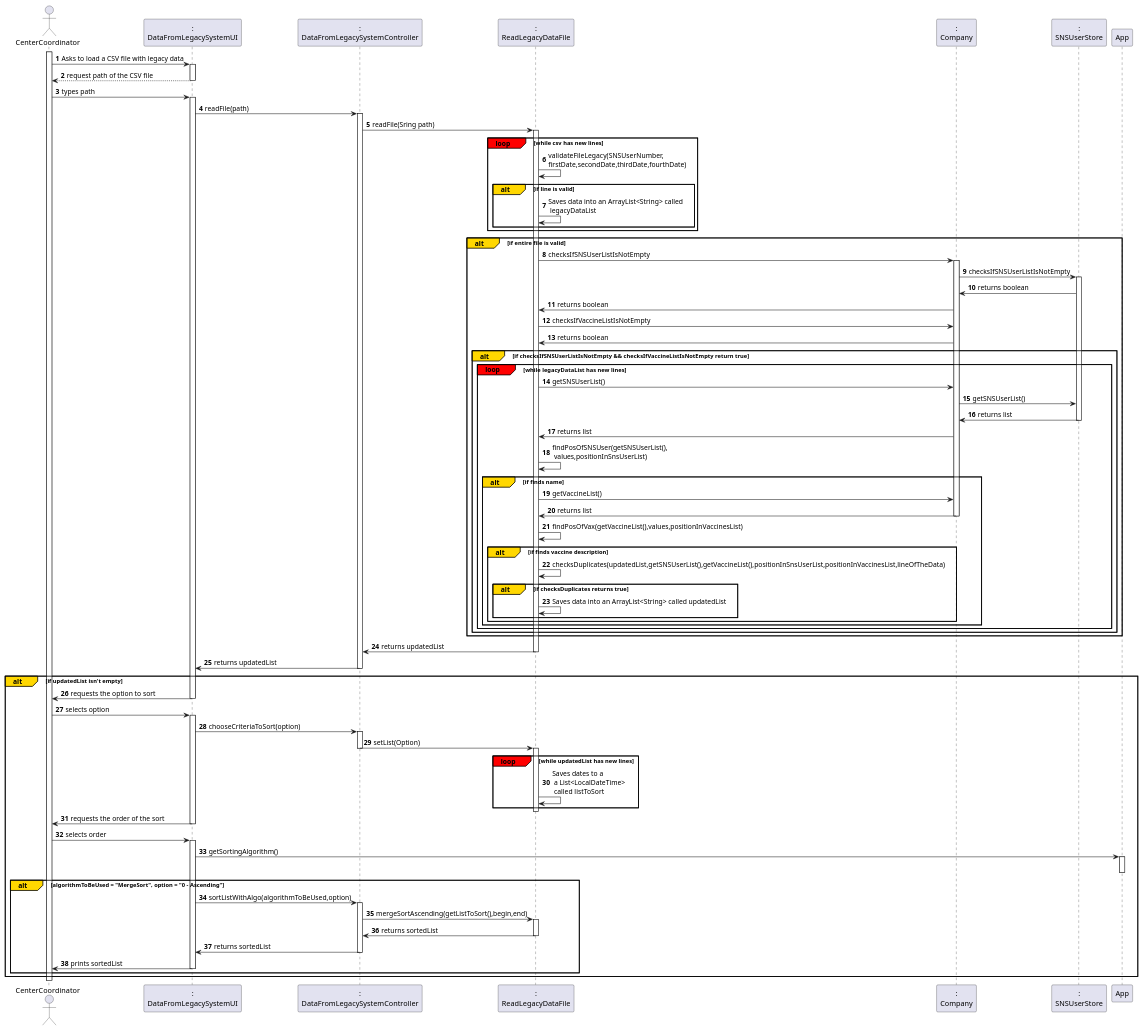
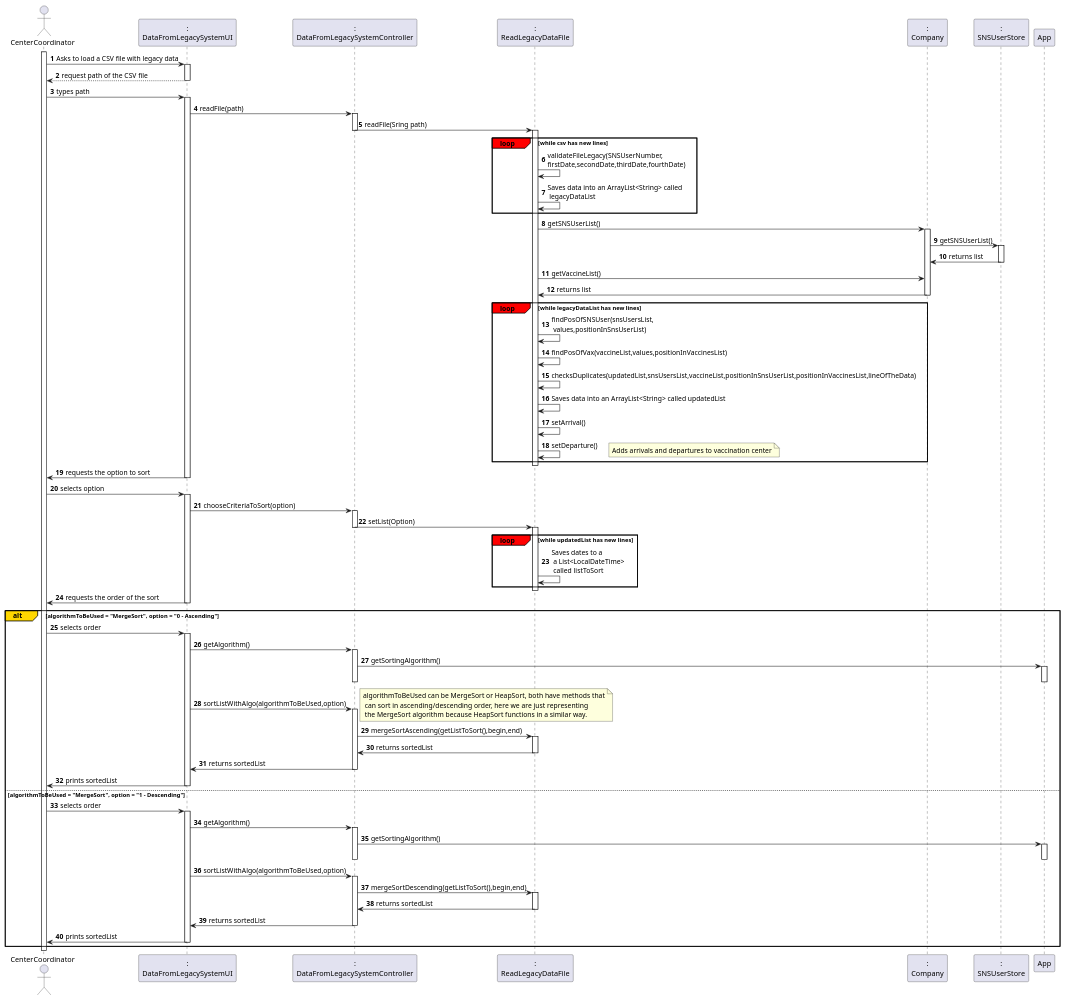
The diagram in docs/SprintD/US017/US017_SD.puml (Pirussa/lei-22-s2-1da-g02), drawn with PlantUML before and after one commit. The commit also changed 4 other files, not shown here.

Commit message:
US17 - ESOFT - Fixing SD and other diagrams.

```diff
--- a/docs/SprintD/US017/US017_SD.puml
+++ b/docs/SprintD/US017/US017_SD.puml
@@ -3,120 +3,151 @@
 @startuml
 
 autonumber
 actor "CenterCoordinator" as CC
 participant ":\nDataFromLegacySystemUI" as UI
 participant ":\nDataFromLegacySystemController" as CTRL
 participant ":\nReadLegacyDataFile" as RDLF
 participant ":\nCompany" as Comp
 participant ":\nSNSUserStore" as SNSStore
 participant "App" as App
 
 
 activate CC
 CC -> UI : Asks to load a CSV file with legacy data
 activate UI
 
 
 
 UI --> CC : request path of the CSV file
 deactivate UI
 
 CC -> UI : types path
 activate UI
 
 UI -> CTRL : readFile(path)
 
 activate CTRL
 CTRL -> RDLF : readFile(Sring path)
+deactivate CTRL
 
 activate RDLF
+
+
 loop#Red while csv has new lines
 RDLF -> RDLF : validateFileLegacy(SNSUserNumber,\nfirstDate,secondDate,thirdDate,fourthDate)
-alt#Gold if line is valid
+
 RDLF -> RDLF : Saves data into an ArrayList<String> called\n legacyDataList
-end alt
+
 end loop
 
-alt#Gold  if entire file is valid
 
-RDLF -> Comp : checksIfSNSUserListIsNotEmpty
+RDLF -> Comp : getSNSUserList()
 activate Comp
-Comp -> SNSStore : checksIfSNSUserListIsNotEmpty
+Comp -> SNSStore : getSNSUserList()
 activate SNSStore
-SNSStore -> Comp : returns boolean
-Comp -> RDLF : returns boolean
-RDLF -> Comp : checksIfVaccineListIsNotEmpty
-Comp -> RDLF : returns boolean
-alt#Gold  if checksIfSNSUserListIsNotEmpty && checksIfVaccineListIsNotEmpty return true
-loop#Red while legacyDataList has new lines
-RDLF -> Comp : getSNSUserList()
-Comp -> SNSStore : getSNSUserList()
 SNSStore -> Comp : returns list
 deactivate SNSStore
+RDLF -> Comp : getVaccineList()
 Comp -> RDLF : returns list
-RDLF -> RDLF : findPosOfSNSUser(getSNSUserList(),\n values,positionInSnsUserList)
-alt#Gold  if finds name
-RDLF -> Comp : getVaccineList()
+deactivate Comp
+loop#Red while legacyDataList has new lines
 
-Comp -> RDLF : returns list
+RDLF -> RDLF : findPosOfSNSUser(snsUsersList,\n values,positionInSnsUserList)
+
+
 
 deactivate Comp
-RDLF -> RDLF : findPosOfVax(getVaccineList(),values,positionInVaccinesList)
-alt#Gold  if finds vaccine description
-RDLF -> RDLF : checksDuplicates(updatedList,getSNSUserList(),getVaccineList(),positionInSnsUserList,positionInVaccinesList,lineOfTheData)
-alt#Gold if checksDuplicates returns true
+RDLF -> RDLF : findPosOfVax(vaccineList,values,positionInVaccinesList)
+
+RDLF -> RDLF : checksDuplicates(updatedList,snsUsersList,vaccineList,positionInSnsUserList,positionInVaccinesList,lineOfTheData)
+
 RDLF -> RDLF : Saves data into an ArrayList<String> called updatedList
+
+RDLF -> RDLF : setArrival()
+RDLF -> RDLF : setDeparture()
+note right : Adds arrivals and departures to vaccination center
 end loop
-end alt#Gold
-end alt#Gold
-end alt#Gold
-end alt#Gold
-end alt#Gold
-RDLF -> CTRL : returns updatedList
+
 deactivate RDLF
-CTRL -> UI : returns updatedList
-alt#Gold if updatedList isn't empty
-deactivate CTRL
+
+
 UI -> CC : requests the option to sort
 
 
 deactivate UI
 CC -> UI : selects option
 activate UI
 
 UI -> CTRL : chooseCriteriaToSort(option)
 activate CTRL
 CTRL -> RDLF : setList(Option)
 deactivate CTRL
 activate RDLF
 loop#Red while updatedList has new lines
 RDLF -> RDLF : Saves dates to a \n a List<LocalDateTime> \n called listToSort
 end loop
 deactivate RDLF
 UI -> CC: requests the order of the sort
 deactivate UI
-
+alt#Gold algorithmToBeUsed = "MergeSort", option = "0 - Ascending"
 CC -> UI: selects order
 activate UI
 
-UI -> App : getSortingAlgorithm()
+UI -> CTRL : getAlgorithm()
+activate CTRL
+CTRL -> App : getSortingAlgorithm()
+
 activate App
+
 deactivate App
-alt#Gold algorithmToBeUsed = "MergeSort", option = "0 - Ascending"
+deactivate CTRL
+
+
 UI -> CTRL: sortListWithAlgo(algorithmToBeUsed,option)
+note right: algorithmToBeUsed can be MergeSort or HeapSort, both have methods that\n can sort in ascending/descending order, here we are just representing \n the MergeSort algorithm because HeapSort functions in a similar way.
 activate CTRL
 
 CTRL -> RDLF : mergeSortAscending(getListToSort(),begin,end)
 activate RDLF
+
+
+
 RDLF -> CTRL : returns sortedList
 deactivate RDLF
 CTRL -> UI : returns sortedList
+
+deactivate CTRL
+
+UI -> CC : prints sortedList
+deactivate UI
+else algorithmToBeUsed = "MergeSort", option = "1 - Descending"
+CC -> UI: selects order
+activate UI
+
+
+UI -> CTRL : getAlgorithm()
+activate CTRL
+CTRL -> App : getSortingAlgorithm()
+
+activate App
+
+deactivate App
+deactivate CTRL
+
+
+UI -> CTRL: sortListWithAlgo(algorithmToBeUsed,option)
+activate CTRL
+
+CTRL -> RDLF : mergeSortDescending(getListToSort(),begin,end)
+activate RDLF
+
+RDLF -> CTRL : returns sortedList
+deactivate RDLF
+CTRL -> UI : returns sortedList
+
 deactivate CTRL
 UI -> CC : prints sortedList
 deactivate UI
 end alt
 
-
-
-end
 @enduml
```
